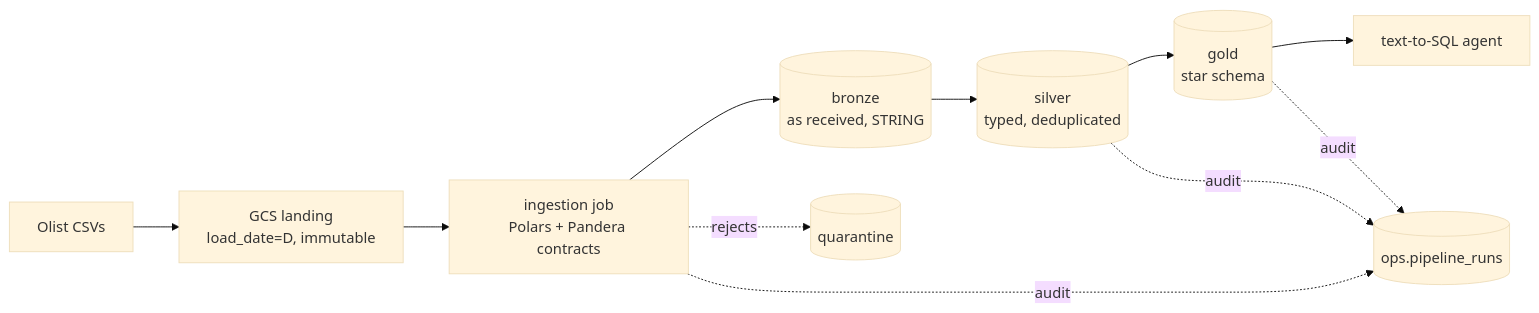
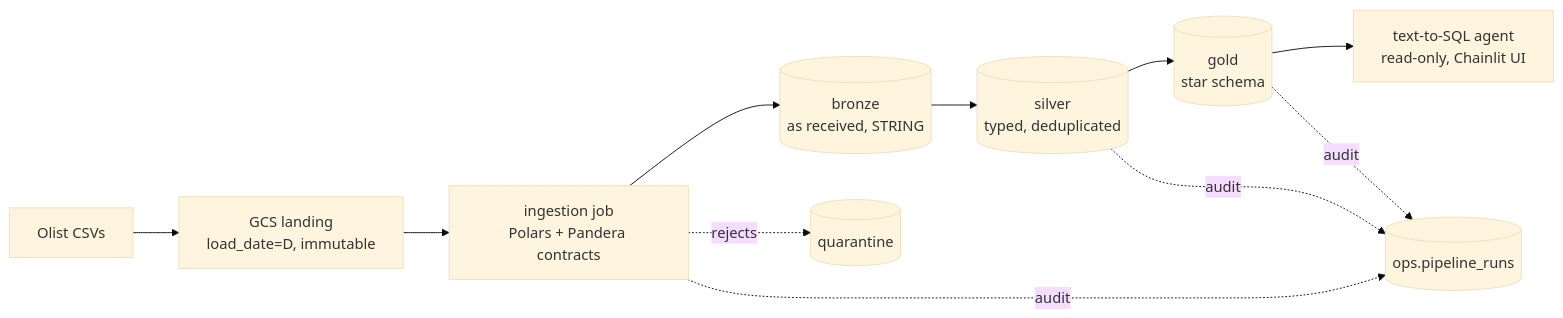
One commit to clnhrn/olist-warehouse changed the diagram in README.md. Above: the diagram before and after it, drawn with Mermaid (base theme). The commit also changed other lines of this file and 4 other files, not shown here.

Commit message:
docs(docs): document the text-to-sql agent and close phase 9

````diff
--- a/README.md
+++ b/README.md
@@ -10,11 +10,11 @@
 ```mermaid
 flowchart LR
     csv[Olist CSVs] --> landing[GCS landing<br/>load_date=D, immutable]
     landing --> ingest[ingestion job<br/>Polars + Pandera contracts]
     ingest --> bronze[(bronze<br/>as received, STRING)]
     ingest -. rejects .-> quarantine[(quarantine)]
     bronze --> silver[(silver<br/>typed, deduplicated)]
     silver --> gold[(gold<br/>star schema)]
-    gold --> agent[text-to-SQL agent]
+    gold --> agent[text-to-SQL agent<br/>read-only, Chainlit UI]
     ingest & silver & gold -. audit .-> ops[(ops.pipeline_runs)]
 ```
````
